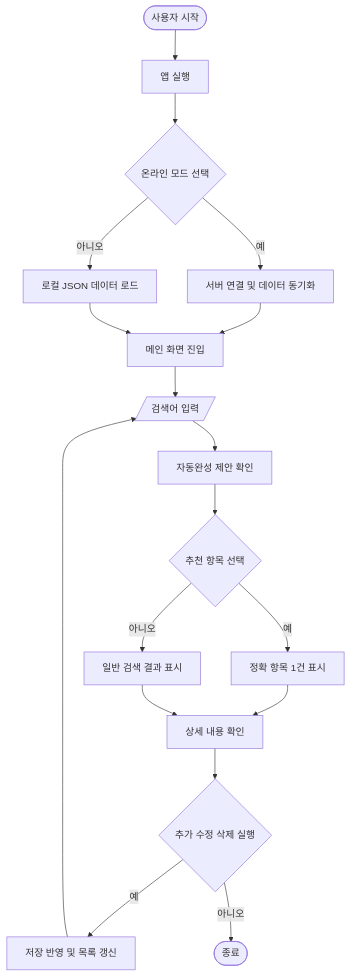
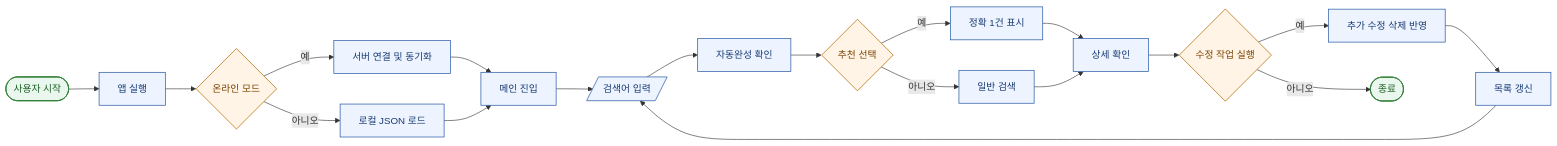
Diagram 11 of 15 in src/Reproject/README.md (jegalhb/JAVA_WIKI_Improved-version), drawn with Mermaid before and after one commit. The commit also changed other lines of this file, not shown here.

````diff
--- a/src/Reproject/README.md
+++ b/src/Reproject/README.md
@@ -345,27 +345,32 @@
 ```mermaid
-flowchart TD
-    U0([사용자 시작]) --> U1[앱 실행]
-    U1 --> U2{온라인 모드 선택}
+flowchart LR
+    A0([사용자 시작]) --> A1[앱 실행]
+    A1 --> A2{온라인 모드}
 
-    U2 -- 예 --> U3[서버 연결 및 데이터 동기화]
-    U2 -- 아니오 --> U4[로컬 JSON 데이터 로드]
+    A2 -- 예 --> A3[서버 연결 및 동기화]
+    A2 -- 아니오 --> A4[로컬 JSON 로드]
+    A3 --> A5[메인 진입]
+    A4 --> A5
 
-    U3 --> U5[메인 화면 진입]
-    U4 --> U5
+    A5 --> B1[/검색어 입력/]
+    B1 --> B2[자동완성 확인]
+    B2 --> B3{추천 선택}
+    B3 -- 예 --> B4[정확 1건 표시]
+    B3 -- 아니오 --> B5[일반 검색]
+    B4 --> C1[상세 확인]
+    B5 --> C1
 
-    U5 --> U6[/검색어 입력/]
-    U6 --> U7[자동완성 제안 확인]
-    U7 --> U8{추천 항목 선택}
+    C1 --> C2{수정 작업 실행}
+    C2 -- 예 --> C3[추가 수정 삭제 반영]
+    C2 -- 아니오 --> C4([종료])
+    C3 --> C5[목록 갱신]
+    C5 --> B1
 
-    U8 -- 예 --> U9[정확 항목 1건 표시]
-    U8 -- 아니오 --> U10[일반 검색 결과 표시]
+    classDef startEnd fill:#e9f7ef,stroke:#2e7d32,color:#1b5e20,stroke-width:1.4px;
+    classDef process fill:#eef4ff,stroke:#2f5ea8,color:#183b73,stroke-width:1.2px;
+    classDef decision fill:#fff4e5,stroke:#b26a00,color:#7a4300,stroke-width:1.2px;
 
-    U9 --> U11[상세 내용 확인]
-    U10 --> U11
-
-    U11 --> U12{추가 수정 삭제 실행}
-    U12 -- 예 --> U13[저장 반영 및 목록 갱신]
-    U12 -- 아니오 --> U14([종료])
-
-    U13 --> U6
+    class A0,C4 startEnd;
+    class A1,A3,A4,A5,B1,B2,B4,B5,C1,C3,C5 process;
+    class A2,B3,C2 decision;
 ```
````
